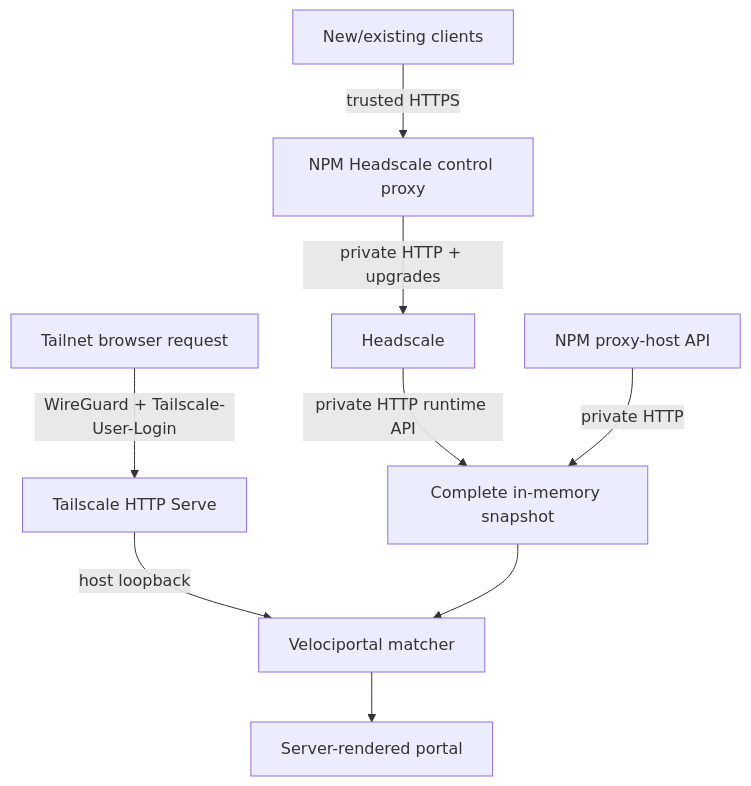
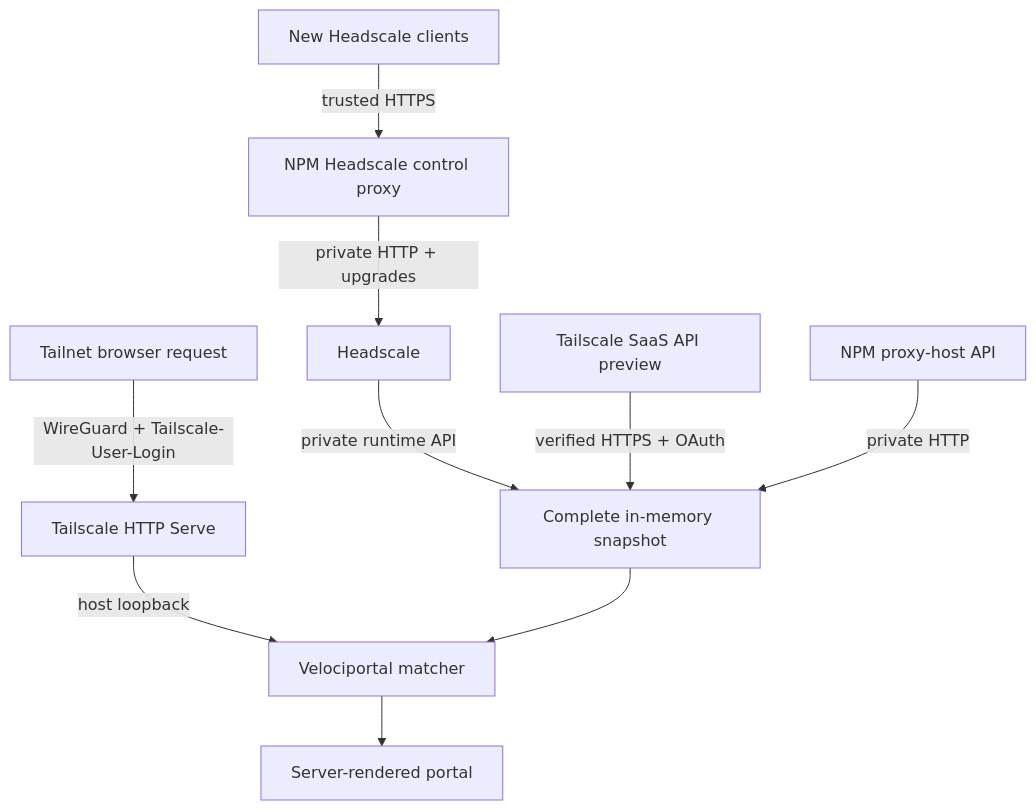
Before and after one commit to cybersader/velociportal: the diagram in CLAUDE.md, drawn with Mermaid. The commit also changed other lines of this file and 45 other files, not shown here.

Commit message:
Add Tailscale SaaS control plane support (#3)

````diff
--- a/CLAUDE.md
+++ b/CLAUDE.md
@@ -51,11 +55,12 @@
 ```mermaid
 flowchart TD
-    Client["New/existing clients"] -->|"trusted HTTPS"| NPMControl["NPM Headscale control proxy"]
+    Client["New Headscale clients"] -->|"trusted HTTPS"| NPMControl["NPM Headscale control proxy"]
     NPMControl -->|"private HTTP + upgrades"| HS["Headscale"]
-    HS -->|"private HTTP runtime API"| Cache["Complete in-memory snapshot"]
+    HS -->|"private runtime API"| Cache["Complete in-memory snapshot"]
+    SaaS["Tailscale SaaS API preview"] -->|"verified HTTPS + OAuth"| Cache
     NPM["NPM proxy-host API"] -->|"private HTTP"| Cache
     Req["Tailnet browser request"] -->|"WireGuard + Tailscale-User-Login"| Serve["Tailscale HTTP Serve"]
     Serve -->|"host loopback"| Match["Velociportal matcher"]
     Cache --> Match
     Match --> Portal["Server-rendered portal"]
 ```
````
